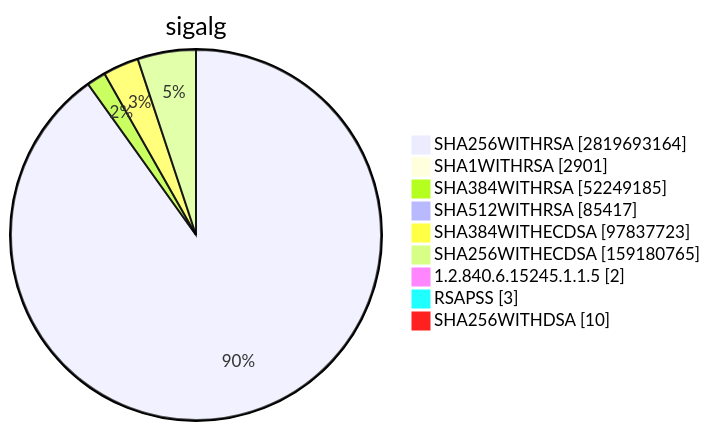
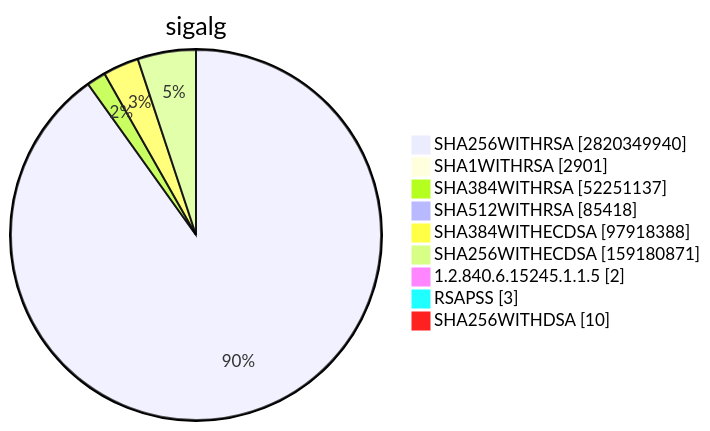
Diagram 15 of 15 in TOTAL/README.md (christiankrug/ctmonitor_visualization), drawn with Mermaid before and after one commit. The commit also changed other lines of this file, not shown here.

````diff
--- a/TOTAL/README.md
+++ b/TOTAL/README.md
@@ -6205,13 +6205,13 @@
 ```mermaid
 pie showData
 title sigalg
-"SHA256WITHRSA" :2819693164
+"SHA256WITHRSA" :2820349940
 "SHA1WITHRSA" :2901
-"SHA384WITHRSA" :52249185
-"SHA512WITHRSA" :85417
-"SHA384WITHECDSA" :97837723
-"SHA256WITHECDSA" :159180765
+"SHA384WITHRSA" :52251137
+"SHA512WITHRSA" :85418
+"SHA384WITHECDSA" :97918388
+"SHA256WITHECDSA" :159180871
 "1.2.840.6.15245.1.1.5" :2
 "RSAPSS" :3
 "SHA256WITHDSA" :10
 ```
````
